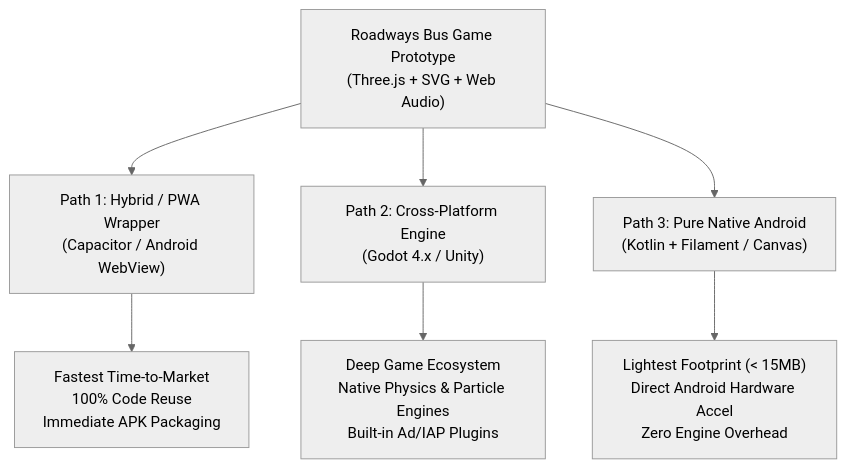
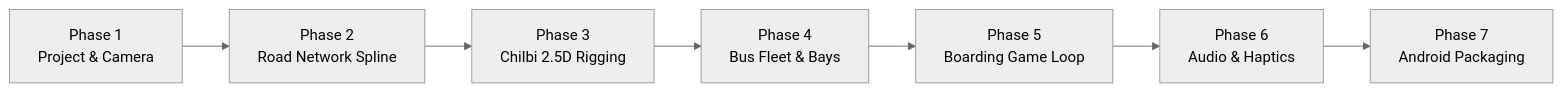
Before and after one commit to mohansharma916/Roadways-Bus-: the second of 2 diagrams in ANDROID_GAME_CONVERSION_ROADMAP.md, drawn with Mermaid (neutral theme). The commit also changed other lines of this file and 1 other file, not shown here.

Commit message:
Step 70: Comprehensive Unity Android conversion strategy and 7-phase implementation roadmap

````diff
--- a/ANDROID_GAME_CONVERSION_ROADMAP.md
+++ b/ANDROID_GAME_CONVERSION_ROADMAP.md
@@ -20,10 +49,9 @@
 ```mermaid
-flowchart TD
-    A["Roadways Bus Game Prototype<br/>(Three.js + SVG + Web Audio)"] --> B["Path 1: Hybrid / PWA Wrapper<br/>(Capacitor / Android WebView)"]
-    A --> C["Path 2: Cross-Platform Engine<br/>(Godot 4.x / Unity)"]
-    A --> D["Path 3: Pure Native Android<br/>(Kotlin + Filament / Canvas)"]
-
-    B --> B1["Fastest Time-to-Market<br/>100% Code Reuse<br/>Immediate APK Packaging"]
-    C --> C1["Deep Game Ecosystem<br/>Native Physics & Particle Engines<br/>Built-in Ad/IAP Plugins"]
-    D --> D1["Lightest Footprint (< 15MB)<br/>Direct Android Hardware Accel<br/>Zero Engine Overhead"]
+flowchart LR
+    P1["Phase 1<br/>Project & Camera"] --> P2["Phase 2<br/>Road Network Spline"]
+    P2 --> P3["Phase 3<br/>Chilbi 2.5D Rigging"]
+    P3 --> P4["Phase 4<br/>Bus Fleet & Bays"]
+    P4 --> P5["Phase 5<br/>Boarding Game Loop"]
+    P5 --> P6["Phase 6<br/>Audio & Haptics"]
+    P6 --> P7["Phase 7<br/>Android Packaging"]
 ```
````
